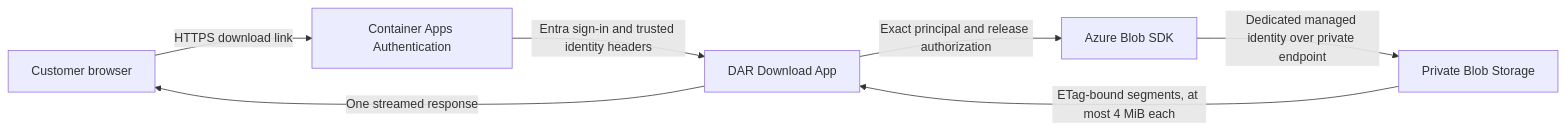
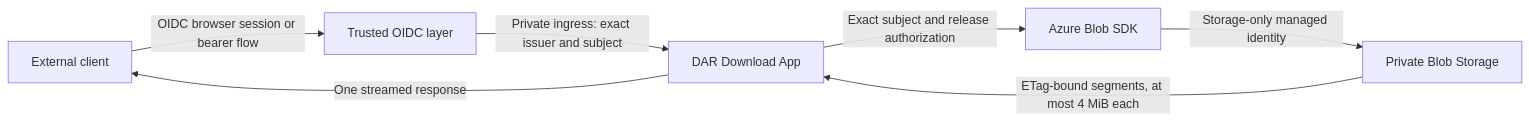
One commit to SalehElnagar/dar-download-app changed the diagram in README.md. Above: the diagram before and after it, drawn with Mermaid. The commit also changed other lines of this file and 62 other files, not shown here.

````diff
--- a/README.md
+++ b/README.md
@@ -12,9 +14,9 @@
 ```mermaid
 flowchart LR
-    B["Customer browser"] -->|"HTTPS download link"| EA["Container Apps Authentication"]
-    EA -->|"Entra sign-in and trusted identity headers"| APP["DAR Download App"]
-    APP -->|"Exact principal and release authorization"| AZ["Azure Blob SDK"]
-    AZ -->|"Dedicated managed identity over private endpoint"| BS["Private Blob Storage"]
+    C["External client"] -->|"OIDC browser session or bearer flow"| OIDC["Trusted OIDC layer"]
+    OIDC -->|"Private ingress: exact issuer and subject"| APP["DAR Download App"]
+    APP -->|"Exact subject and release authorization"| AZ["Azure Blob SDK"]
+    AZ -->|"Storage-only managed identity"| BS["Private Blob Storage"]
     BS -->|"ETag-bound segments, at most 4 MiB each"| APP
-    APP -->|"One streamed response"| B
+    APP -->|"One streamed response"| C
 ```
````
